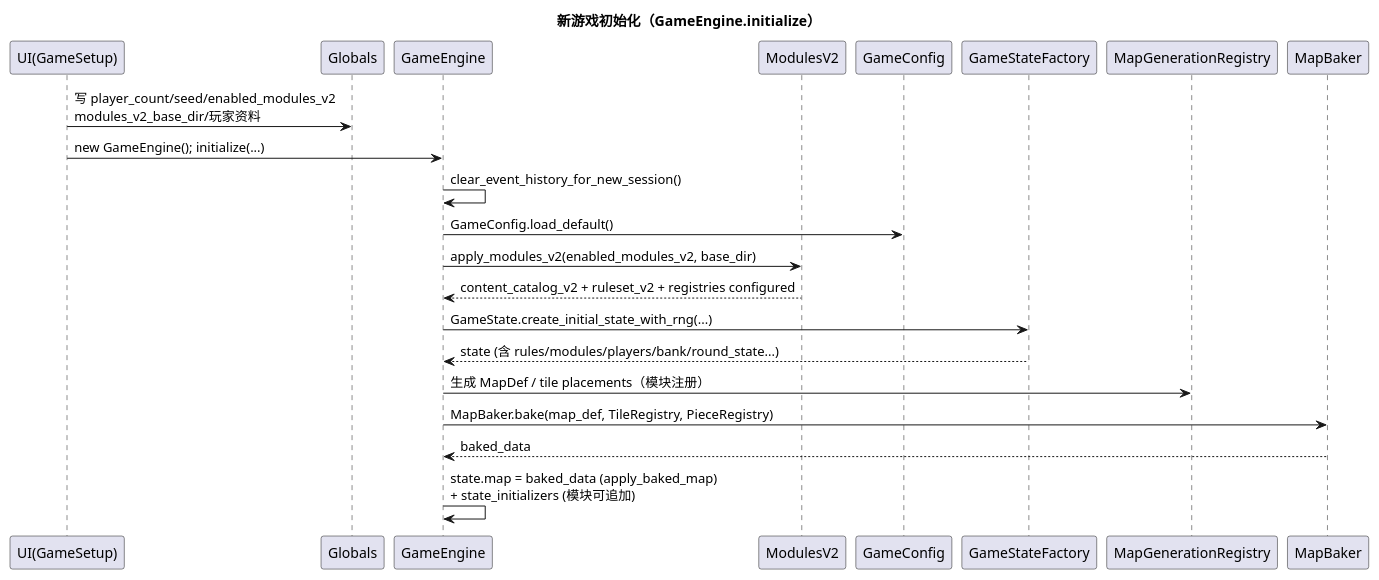
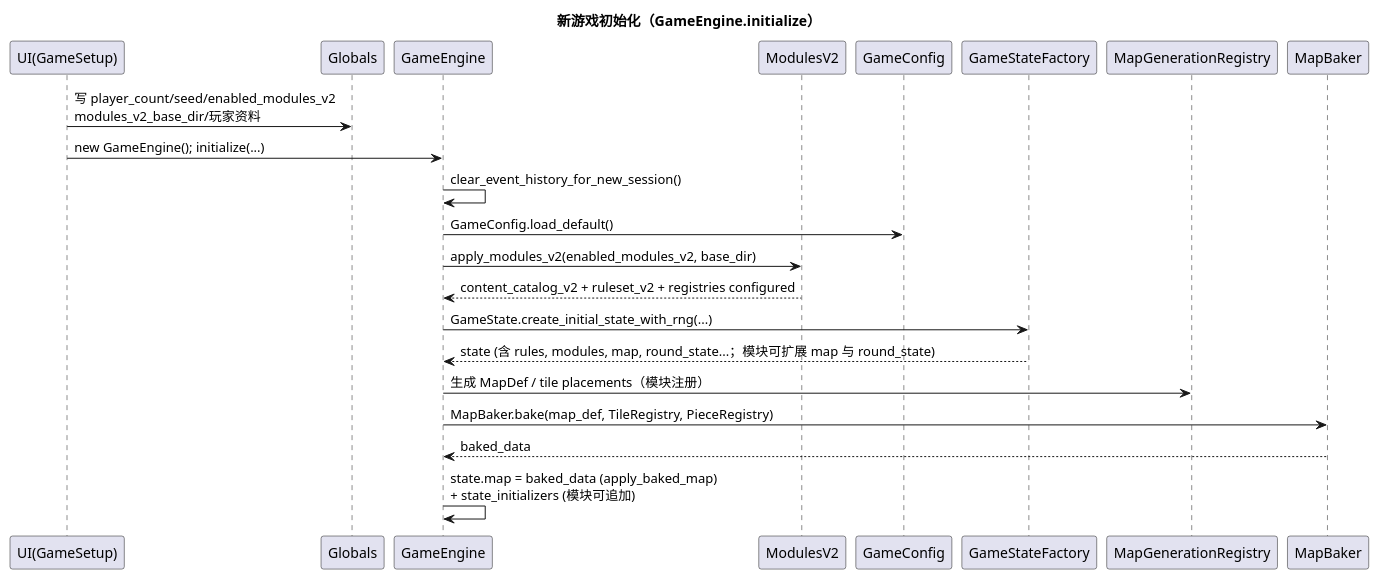
Before and after one commit to ygowill/food_chain_magnate: the first of 2 diagrams in docs/architecture/00-system-overview.md, drawn with PlantUML. The commit also changed other lines of this file and 26 other files, not shown here.

Commit message:
docs(architecture): align diagrams with code and expand injection docs

````diff
--- a/docs/architecture/00-system-overview.md
+++ b/docs/architecture/00-system-overview.md
@@ -49,30 +49,30 @@
 ```plantuml
 @startuml
 title 新游戏初始化（GameEngine.initialize）
 
 participant "UI(GameSetup)" as UI
 participant "Globals" as G
 participant "GameEngine" as GE
 participant "ModulesV2" as M
 participant "GameConfig" as CFG
 participant "GameStateFactory" as F
 participant "MapGenerationRegistry" as MG
 participant "MapBaker" as MB
 
 UI -> G : 写 player_count/seed/enabled_modules_v2\nmodules_v2_base_dir/玩家资料
 UI -> GE : new GameEngine(); initialize(...)
 
 GE -> GE : clear_event_history_for_new_session()
 GE -> CFG : GameConfig.load_default()
 GE -> M : apply_modules_v2(enabled_modules_v2, base_dir)
 M --> GE : content_catalog_v2 + ruleset_v2 + registries configured
 
 GE -> F : GameState.create_initial_state_with_rng(...)
-F --> GE : state (含 rules/modules/players/bank/round_state...)
+F --> GE : state (含 rules, modules, map, round_state...；模块可扩展 map 与 round_state)
 
 GE -> MG : 生成 MapDef / tile placements（模块注册）
 GE -> MB : MapBaker.bake(map_def, TileRegistry, PieceRegistry)
 MB --> GE : baked_data
 GE -> GE : state.map = baked_data (apply_baked_map)\n+ state_initializers (模块可追加)
 @enduml
 ```
````
